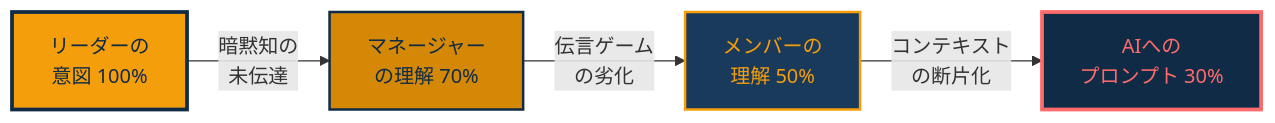
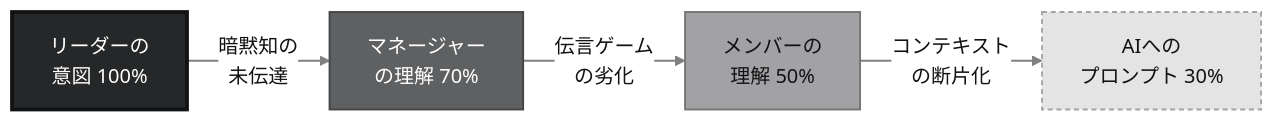
The eighth of 11 diagrams in docs/jp/the_10_80_10_principle_JP.md (Leading-AI-IO/the-10-80-10-principle), drawn with Mermaid before and after one commit. The commit also changed other lines of this file, not shown here.

````diff
--- a/docs/jp/the_10_80_10_principle_JP.md
+++ b/docs/jp/the_10_80_10_principle_JP.md
@@ -1374,11 +1392,13 @@
 ```mermaid
+%%{init: {'theme':'base','themeVariables':{'fontFamily':'Helvetica, Arial, sans-serif','lineColor':'#7f8082','primaryTextColor':'#111213','clusterBkg':'#fafafa','clusterBorder':'#b6b7b8','titleColor':'#363738','edgeLabelBackground':'#ffffff'}}}%%
 graph LR
     L["リーダーの<br/>意図 100%"] -->|"暗黙知の<br/>未伝達"| M["マネージャー<br/>の理解 70%"]
     M -->|"伝言ゲーム<br/>の劣化"| Me["メンバーの<br/>理解 50%"]
     Me -->|"コンテキスト<br/>の断片化"| AI["AIへの<br/>プロンプト 30%"]
 
-    style L fill:#f59e0b,stroke:#0f2b46,color:#0f2b46,stroke-width:3px
-    style M fill:#d48806,stroke:#0f2b46,color:#0f2b46,stroke-width:2px
-    style Me fill:#1a3a5c,stroke:#f59e0b,color:#f59e0b,stroke-width:2px
-    style AI fill:#0f2b46,stroke:#ff6b6b,color:#ff6b6b,stroke-width:3px
+    style L fill:#262728,stroke:#111213,color:#ffffff,stroke-width:3px
+    style M fill:#5f6062,stroke:#444546,color:#ffffff,stroke-width:1.5px
+    style Me fill:#a2a2a4,stroke:#747476,color:#111213,stroke-width:1.5px
+    style AI fill:#e4e4e5,stroke:#a4a4a4,color:#111213,stroke-width:1.5px,stroke-dasharray:4 3
+    linkStyle default stroke:#7f8082,stroke-width:1.5px
 ```
````
